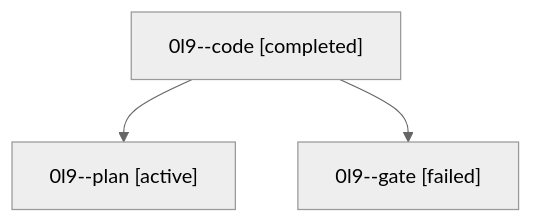
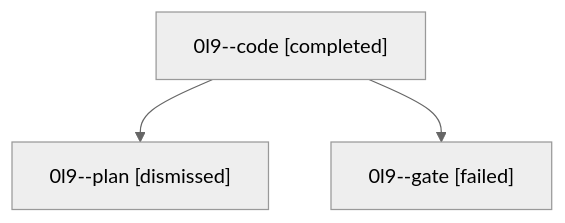
Before and after one commit to sase-org/sase--agents: the diagram in sessions/bbugyi200.athena.0l9.md, drawn with Mermaid (neutral theme). The commit also changed other lines of this file and 50 other files, not shown here.

````diff
--- a/sessions/bbugyi200.athena.0l9.md
+++ b/sessions/bbugyi200.athena.0l9.md
@@ -9,8 +9,8 @@
 ```mermaid
 flowchart TD
   n0["0l9--code [completed]"]
-  n1["0l9--plan [active]"]
+  n1["0l9--plan [dismissed]"]
   n0 --> n1
   n2["0l9--gate [failed]"]
   n0 --> n2
 ```
````
